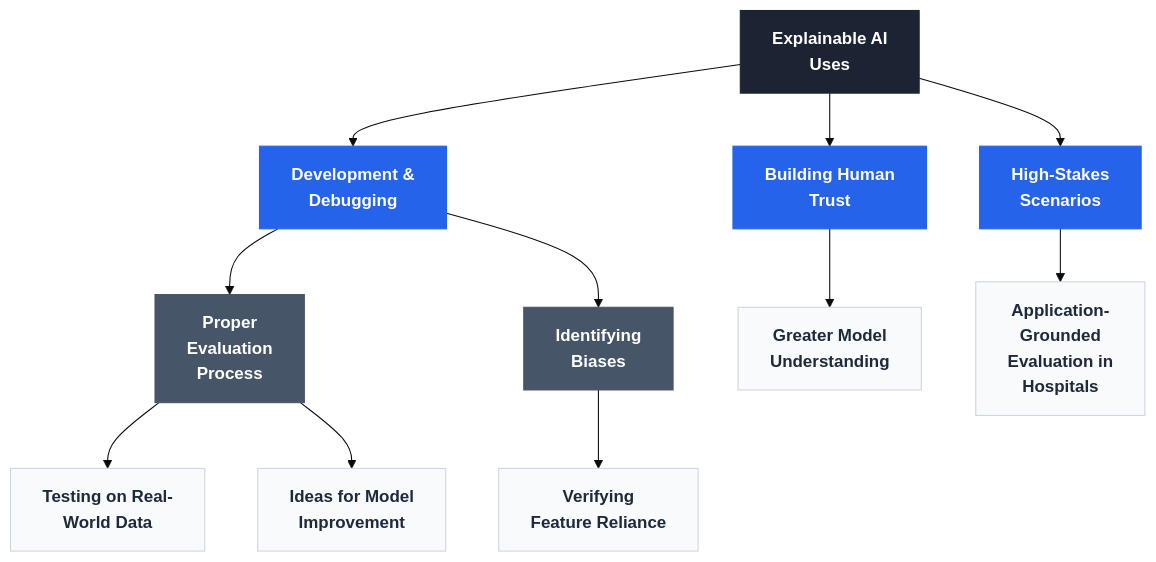
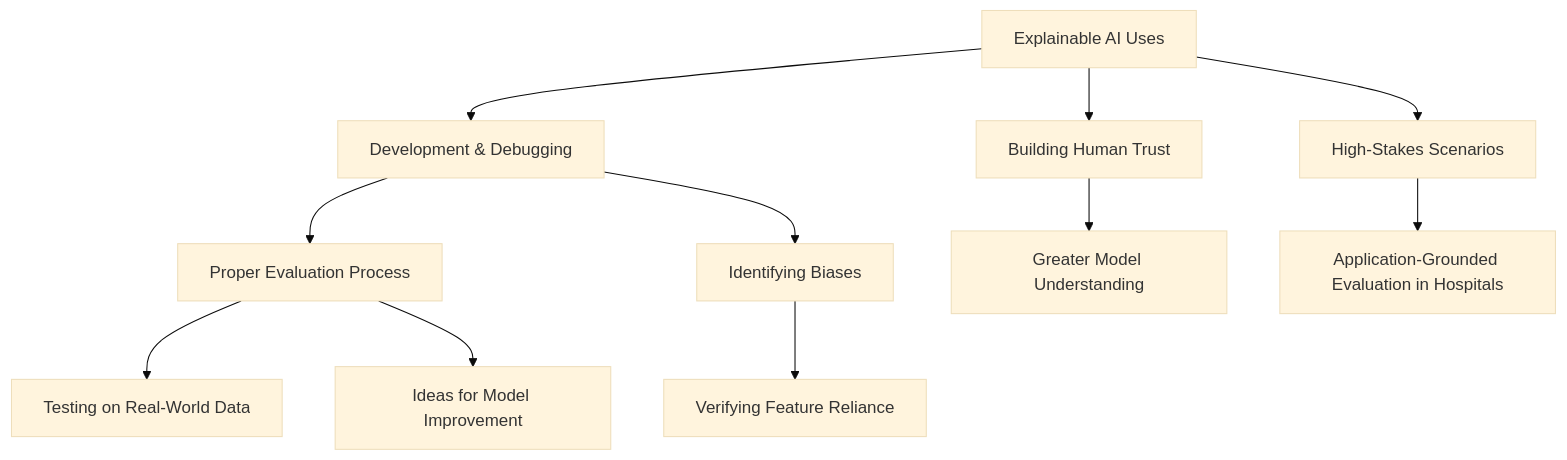
Before and after one commit to bruzz-bruzz/A-Review-On-Explainable-AI: the diagram in Diagrams/Explainable AI Uses.mmd, drawn with Mermaid (base theme). The commit also changed 6 other files, not shown here.

```diff
--- a/Diagrams/Explainable AI Uses.mmd
+++ b/Diagrams/Explainable AI Uses.mmd
@@ -1,43 +1,16 @@
 graph TD
-    %% Node Definitions
-    R["Explainable AI<br/>Uses"]
-    
-    A1["Development &<br/>Debugging"]
-    A2["Building Human<br/>Trust"]
-    A3["High-Stakes<br/>Scenarios"]
-    
-    B1["Proper<br/>Evaluation<br/>Process"]
-    B2["Identifying<br/>Biases"]
-    
-    C1["Testing on Real-<br/>World Data"]
-    C2["Ideas for Model<br/>Improvement"]
-    C3["Verifying<br/>Feature Reliance"]
-    C4["Greater Model<br/>Understanding"]
-    C5["Application-<br/>Grounded<br/>Evaluation in<br/>Hospitals"]
+    Root["Explainable AI Uses"] --> Dev["Development & Debugging"]
+    Root --> Trust["Building Human Trust"]
+    Root --> HighStakes["High-Stakes Scenarios"]
 
-    %% Connections
-    R --> A1
-    R --> A2
-    R --> A3
-    
-    A1 --> B1
-    A1 --> B2
-    
-    A2 --> C4
-    A3 --> C5
-    
-    B1 --> C1
-    B1 --> C2
-    B2 --> C3
+    Dev --> Eval["Proper Evaluation Process"]
+    Dev --> Biases["Identifying Biases"]
 
-    %% Style Classes
-    classDef root fill:#1C2434,stroke:#1C2434,color:#FFFFFF,font-weight:bold;
-    classDef level1 fill:#2563EB,stroke:#2563EB,color:#FFFFFF,font-weight:bold;
-    classDef level2 fill:#475569,stroke:#475569,color:#FFFFFF,font-weight:bold;
-    classDef leaf fill:#F8FAFC,stroke:#CBD5E1,color:#1E293B,font-weight:bold;
+    Eval --> Test["Testing on Real-World Data"]
+    Eval --> Ideas["Ideas for Model Improvement"]
 
-    %% Apply Classes
-    class R root;
-    class A1,A2,A3 level1;
-    class B1,B2 level2;
-    class C1,C2,C3,C4,C5 leaf;
+    Biases --> Verify["Verifying Feature Reliance"]
+
+    Trust --> Understand["Greater Model Understanding"]
+
+    HighStakes --> Hosp["Application-Grounded Evaluation in Hospitals"]
```
